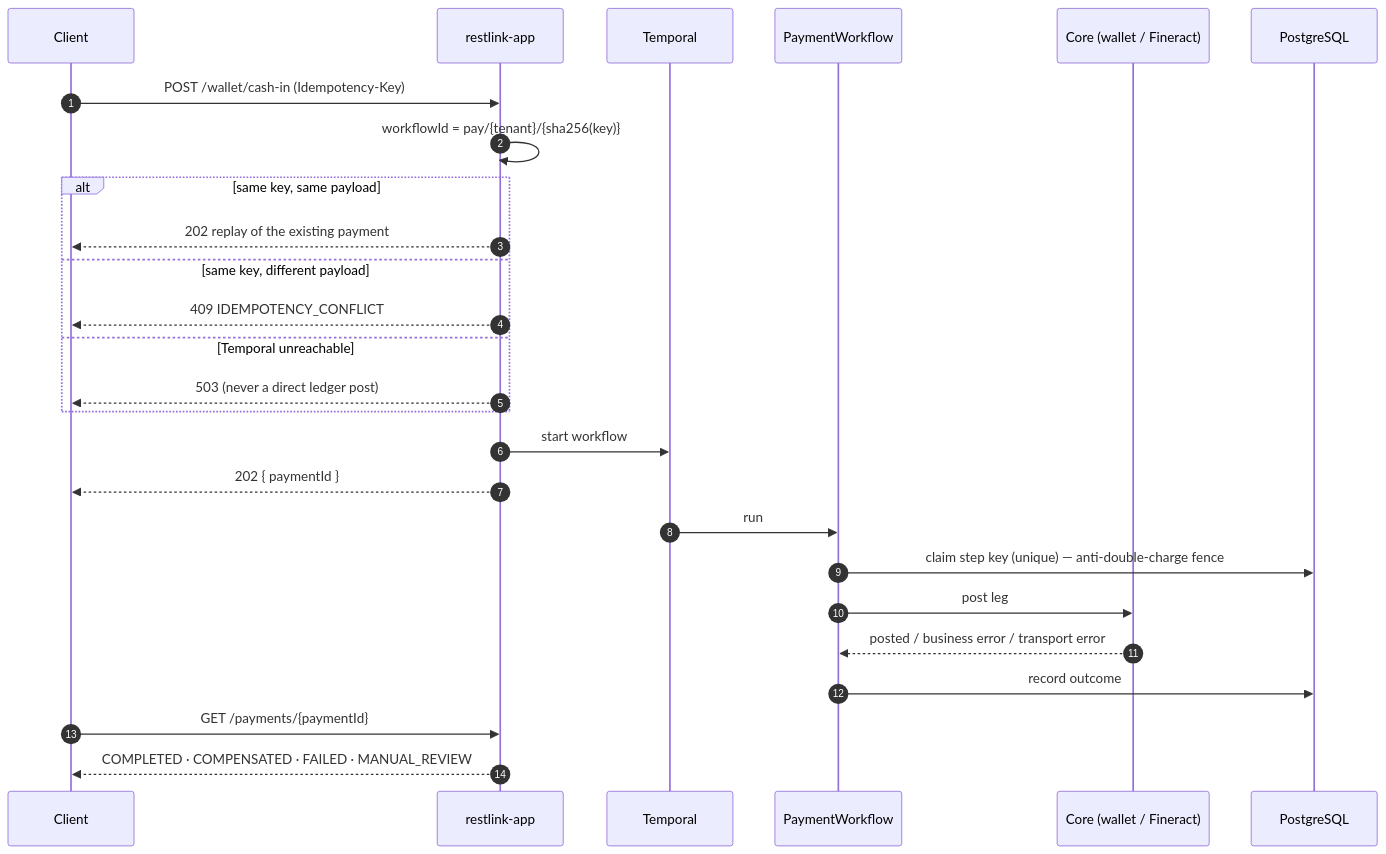
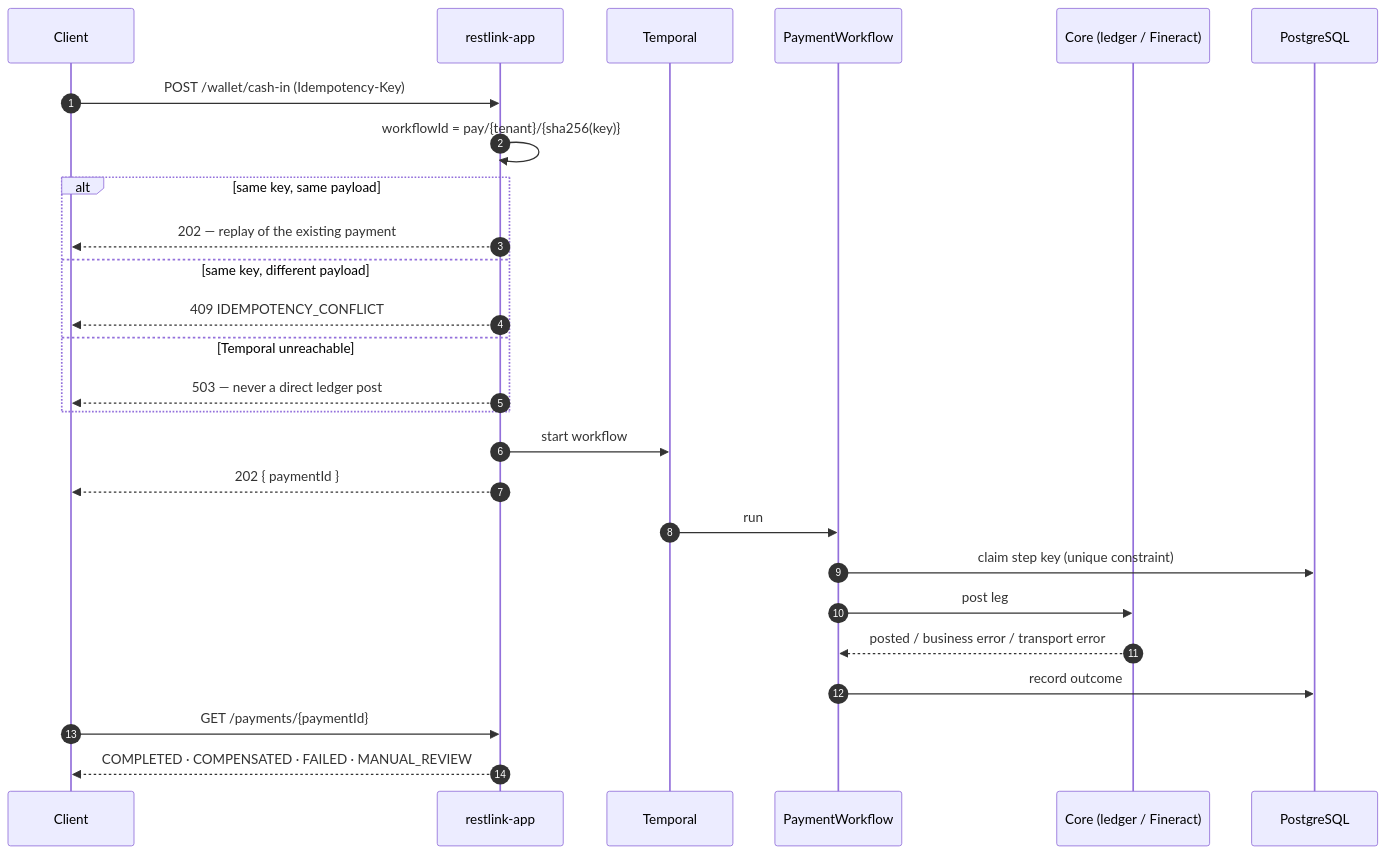
The second of 2 diagrams in README.md (nhanth87/restlink-banking-core-oss), drawn with Mermaid before and after one commit. The commit also changed other lines of this file, not shown here.

````diff
--- a/README.md
+++ b/README.md
@@ -75,29 +82,29 @@
 ```mermaid
 sequenceDiagram
     autonumber
     participant C as Client
     participant A as restlink-app
     participant T as Temporal
     participant W as PaymentWorkflow
-    participant P as Core (wallet / Fineract)
+    participant P as Core (ledger / Fineract)
     participant DB as PostgreSQL
 
     C->>A: POST /wallet/cash-in (Idempotency-Key)
     A->>A: workflowId = pay/{tenant}/{sha256(key)}
     alt same key, same payload
-        A-->>C: 202 replay of the existing payment
+        A-->>C: 202 — replay of the existing payment
     else same key, different payload
         A-->>C: 409 IDEMPOTENCY_CONFLICT
     else Temporal unreachable
-        A-->>C: 503 (never a direct ledger post)
+        A-->>C: 503 — never a direct ledger post
     end
     A->>T: start workflow
     A-->>C: 202 { paymentId }
     T->>W: run
-    W->>DB: claim step key (unique) — anti-double-charge fence
+    W->>DB: claim step key (unique constraint)
     W->>P: post leg
     P-->>W: posted / business error / transport error
     W->>DB: record outcome
     C->>A: GET /payments/{paymentId}
     A-->>C: COMPLETED · COMPENSATED · FAILED · MANUAL_REVIEW
 ```
````
